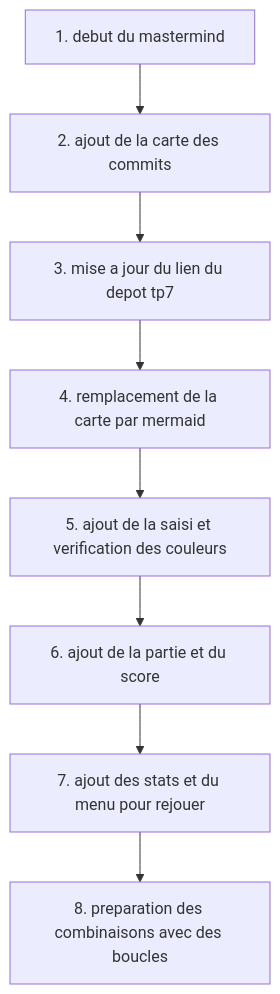
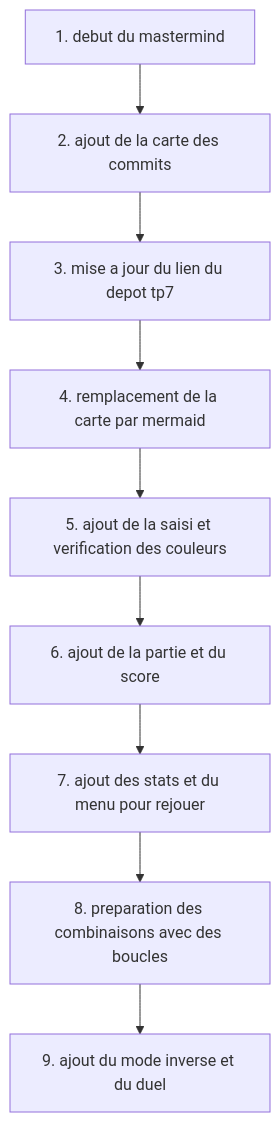
One commit to caroneloham/polytech-dijon-soutien changed the diagram in README.md. Above: the diagram before and after it, drawn with Mermaid. The commit also changed 1 other file, not shown here.

Commit message:
ajout du mode inverse et du duel

````diff
--- a/README.md
+++ b/README.md
@@ -1,18 +1,20 @@
 ```mermaid
 flowchart TD
     C1["1. debut du mastermind"]
     C2["2. ajout de la carte des commits"]
     C1 --> C2
     C3["3. mise a jour du lien du depot tp7"]
     C2 --> C3
     C4["4. remplacement de la carte par mermaid"]
     C3 --> C4
     C5["5. ajout de la saisi et verification des couleurs"]
     C4 --> C5
     C6["6. ajout de la partie et du score"]
     C5 --> C6
     C7["7. ajout des stats et du menu pour rejouer"]
     C6 --> C7
     C8["8. preparation des combinaisons avec des boucles"]
     C7 --> C8
+    C9["9. ajout du mode inverse et du duel"]
+    C8 --> C9
 ```
````
